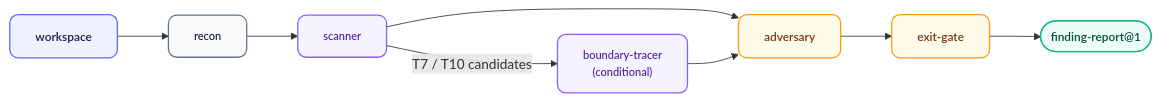
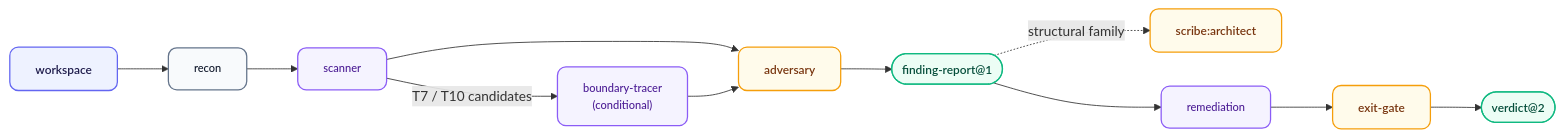
The diagram in plugins/ranger/README.md (orin-dx/agent-plugins), drawn with Mermaid before and after one commit. The commit also changed other lines of this file and 92 other files, not shown here.

````diff
--- a/plugins/ranger/README.md
+++ b/plugins/ranger/README.md
@@ -66,26 +67,32 @@
 ```mermaid
 %%{init: {'flowchart': {'curve': 'basis', 'nodeSpacing': 40, 'rankSpacing': 60}}}%%
 flowchart LR
     classDef source fill:#eef2ff,stroke:#6366f1,stroke-width:1.5px,color:#1e1b4b,rx:10,ry:10,font-size:14px,font-weight:600;
     classDef store fill:#f8fafc,stroke:#64748b,stroke-width:1.5px,color:#0f172a,rx:10,ry:10,font-size:13px,font-weight:500;
     classDef engine fill:#f5f3ff,stroke:#8b5cf6,stroke-width:1.5px,color:#4c1d95,rx:10,ry:10,font-size:13px,font-weight:500;
     classDef router fill:#fffbeb,stroke:#f59e0b,stroke-width:1.5px,color:#78350f,rx:10,ry:10,font-size:14px,font-weight:600;
     classDef output fill:#ecfdf5,stroke:#10b981,stroke-width:1.5px,color:#064e3b,rx:10,ry:10,font-size:14px,font-weight:600;
 
     ws[workspace] --> recon[recon]
     recon --> scanner[scanner]
     scanner -->|T7 / T10 candidates| bt["boundary-tracer
     (conditional)"]
     scanner --> adv[adversary]
     bt --> adv
-    adv --> gate[exit-gate]
-    gate --> out(["finding-report@1"])
+    adv --> out(["finding-report@1"])
+    out -. structural family .-> arch[scribe:architect]
+    out --> fix[remediation]
+    fix --> gate[exit-gate]
+    gate --> verdict(["verdict@2"])
 
     class ws source
     class recon store
     class scanner engine
     class bt engine
     class adv router
+    class arch router
+    class fix engine
     class gate router
     class out output
+    class verdict output
 ```
````
